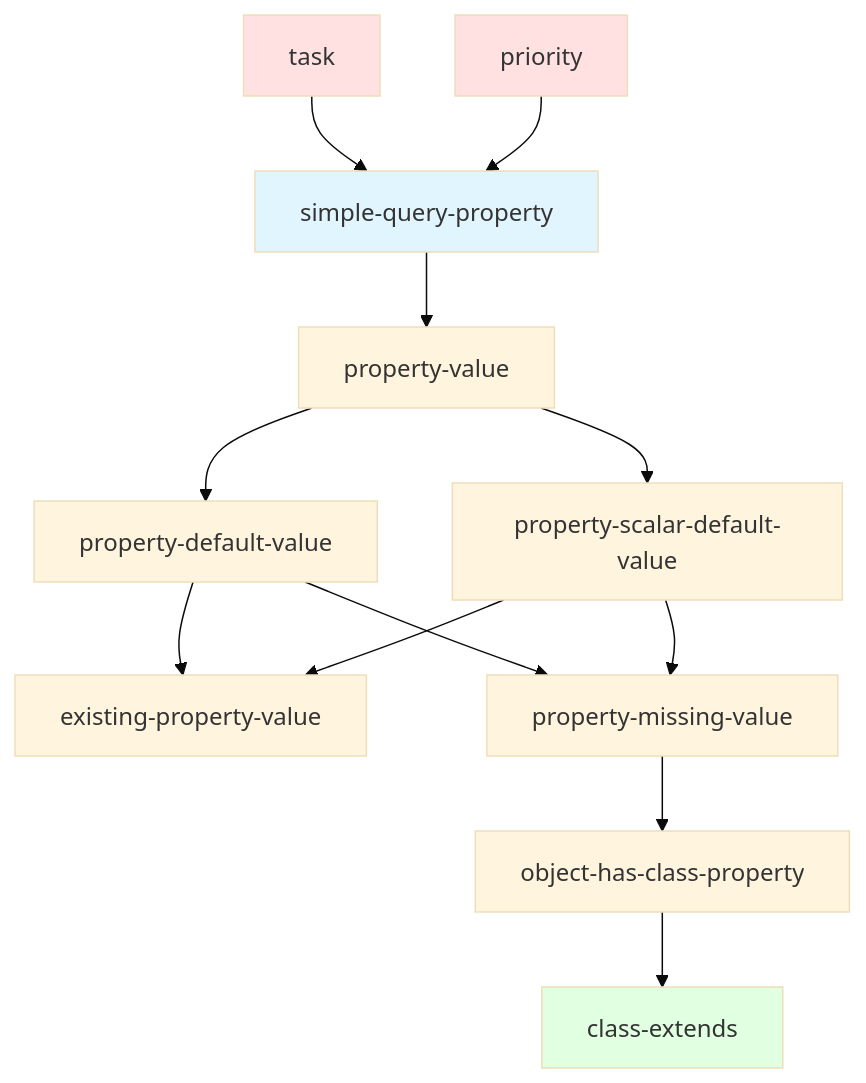
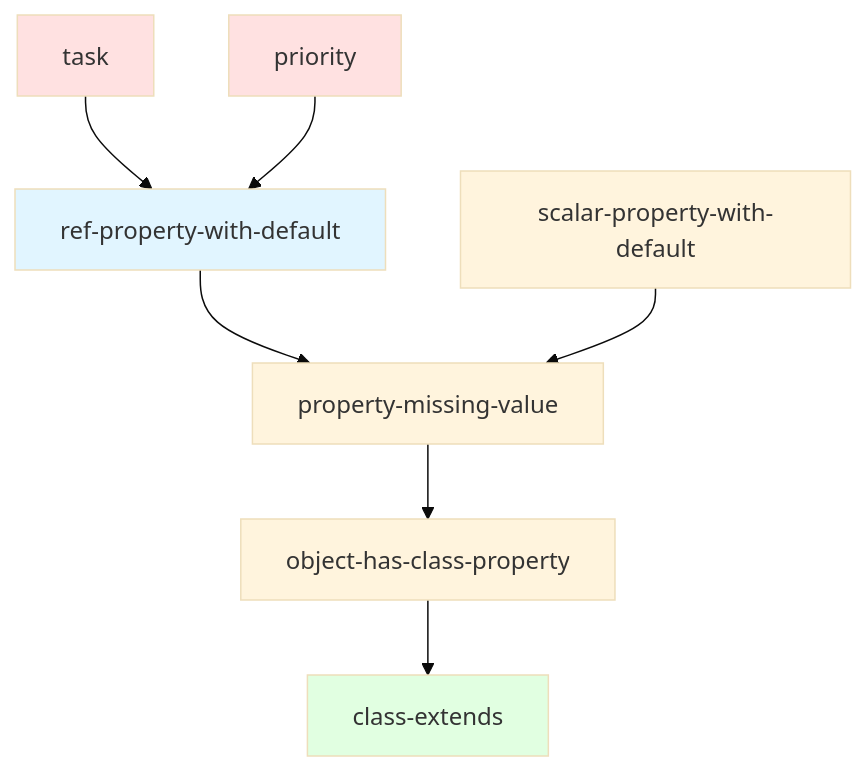
One commit to hdansou/logseq changed the fifth of 9 diagrams in dz/docs/03-features/query-system/developer-guide.md. Above: the diagram before and after it, drawn with Mermaid (base theme). The commit also changed other lines of this file and 140 other files, not shown here.

````diff
--- a/dz/docs/03-features/query-system/developer-guide.md
+++ b/dz/docs/03-features/query-system/developer-guide.md
@@ -1238,29 +1077,21 @@
 ```mermaid
 graph TD
-    SQP[simple-query-property]
-    PV[property-value]
-    PDV[property-default-value]
-    PSDV[property-scalar-default-value]
-    EPV[existing-property-value]
+    RPD[ref-property-with-default]
+    SPD[scalar-property-with-default]
     PMV[property-missing-value]
     OHCP[object-has-class-property]
     CE[class-extends]
 
-    SQP --> PV
-    PV --> PDV
-    PV --> PSDV
-    PDV --> EPV
-    PDV --> PMV
-    PSDV --> EPV
-    PSDV --> PMV
+    RPD --> PMV
+    SPD --> PMV
     PMV --> OHCP
     OHCP --> CE
 
-    TASK[task] --> SQP
-    PRIORITY[priority] --> SQP
+    TASK[task] --> RPD
+    PRIORITY[priority] --> RPD
 
-    style SQP fill:#e1f5ff
+    style RPD fill:#e1f5ff
     style TASK fill:#ffe1e1
     style PRIORITY fill:#ffe1e1
     style CE fill:#e1ffe1
 ```
````
